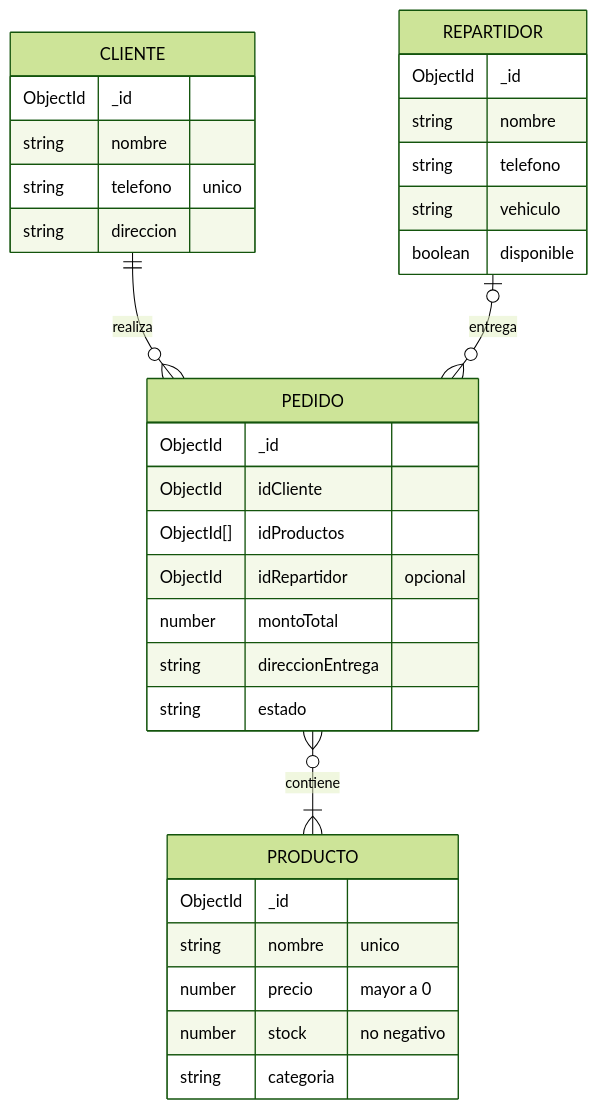
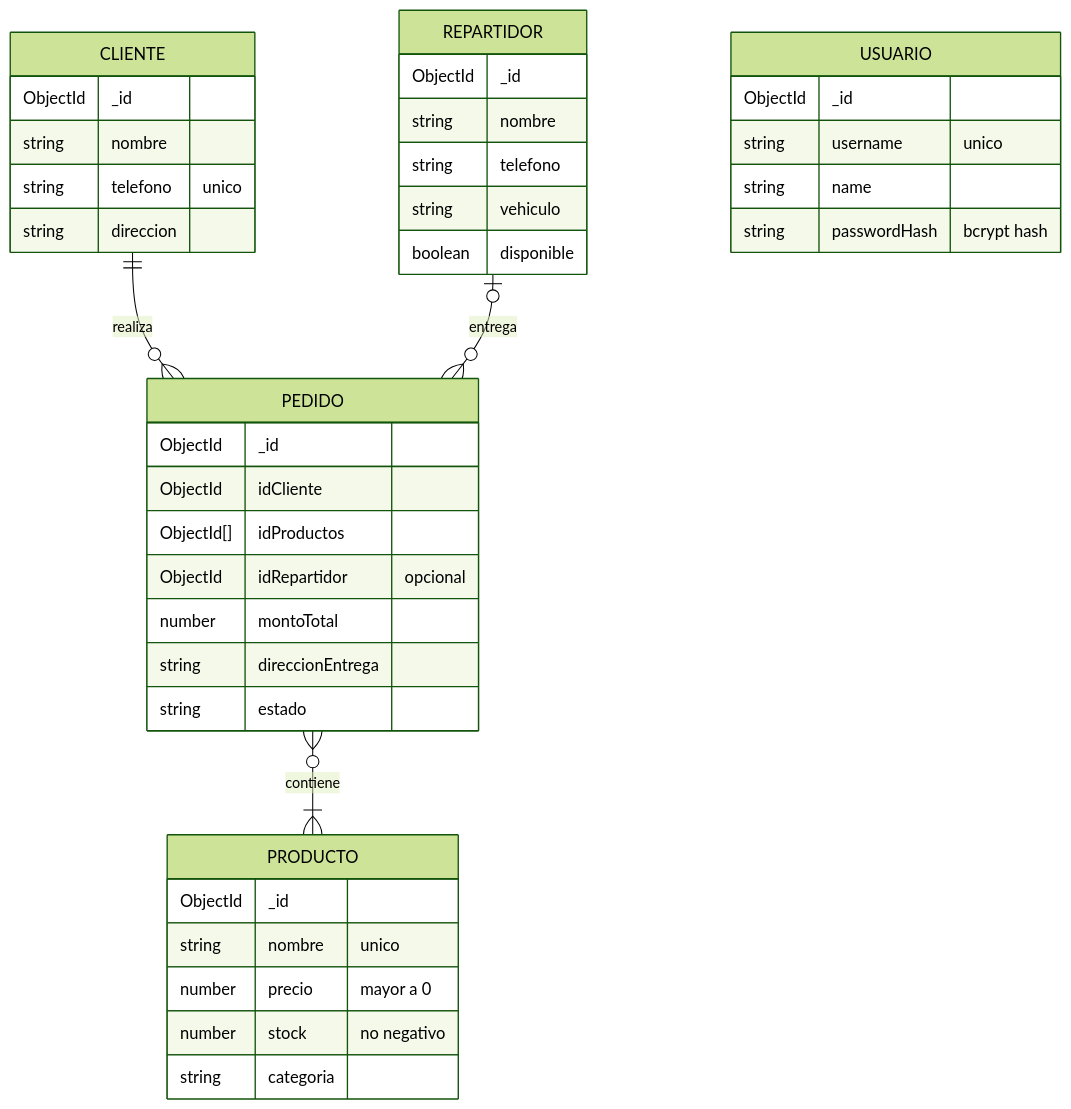
The first of 2 diagrams in docs/modelo-de-datos.md (cmarceloh/DSWB_2A_FreshRoute_2C26_Grupo_The_Engine), drawn with Mermaid (forest theme) before and after one commit. The commit also changed other lines of this file and 28 other files, not shown here.

````diff
--- a/docs/modelo-de-datos.md
+++ b/docs/modelo-de-datos.md
@@ -5,36 +5,42 @@
 ```mermaid
 erDiagram
     CLIENTE ||--o{ PEDIDO : realiza
     REPARTIDOR |o--o{ PEDIDO : entrega
     PEDIDO }o--|{ PRODUCTO : contiene
 
+    USUARIO {
+        ObjectId _id
+        string username "unico"
+        string name
+        string passwordHash "bcrypt hash"
+    }
     CLIENTE {
         ObjectId _id
         string nombre
         string telefono "unico"
         string direccion
     }
     PRODUCTO {
         ObjectId _id
         string nombre "unico"
         number precio "mayor a 0"
         number stock "no negativo"
         string categoria
     }
     REPARTIDOR {
         ObjectId _id
         string nombre
         string telefono
         string vehiculo
         boolean disponible
     }
     PEDIDO {
         ObjectId _id
         ObjectId idCliente
         ObjectId[] idProductos
         ObjectId idRepartidor "opcional"
         number montoTotal
         string direccionEntrega
         string estado
     }
 ```
````
